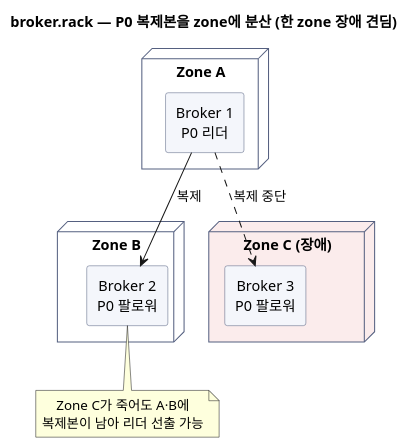
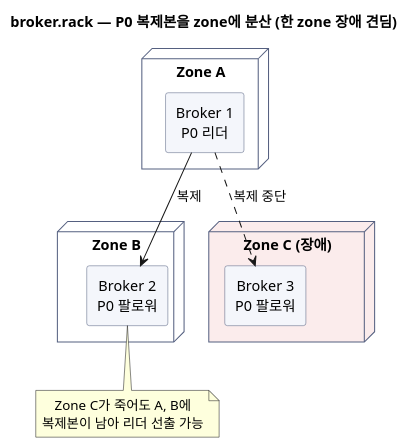
One commit to johnycho/johny-dev changed the seventh of 11 diagrams in blog/2026-09-11-kafka-cluster-replication-consumer-group.mdx. Above: the diagram before and after it, drawn with PlantUML. The commit also changed other lines of this file and 188 other files, not shown here.

````diff
--- a/blog/2026-09-11-kafka-cluster-replication-consumer-group.mdx
+++ b/blog/2026-09-11-kafka-cluster-replication-consumer-group.mdx
@@ -312,27 +312,27 @@
 ```plantuml
 @startuml
 skinparam defaultTextAlignment center
 skinparam node {
   BackgroundColor #FFFFFF
   BorderColor #556080
 }
 skinparam rectangle {
   BackgroundColor #F4F6FB
   BorderColor #556080
 }
 title broker.rack — P0 복제본을 zone에 분산 (한 zone 장애 견딤)
 
 node "Zone A" {
   rectangle "Broker 1\nP0 리더" as a
 }
 node "Zone B" {
   rectangle "Broker 2\nP0 팔로워" as b
 }
 node "Zone C (장애)" #FBECEC {
   rectangle "Broker 3\nP0 팔로워" as c
 }
 a --> b : 복제
 a ..> c : 복제 중단
-note bottom of b : Zone C가 죽어도 A·B에\n복제본이 남아 리더 선출 가능
+note bottom of b : Zone C가 죽어도 A, B에\n복제본이 남아 리더 선출 가능
 @enduml
 ```
````
